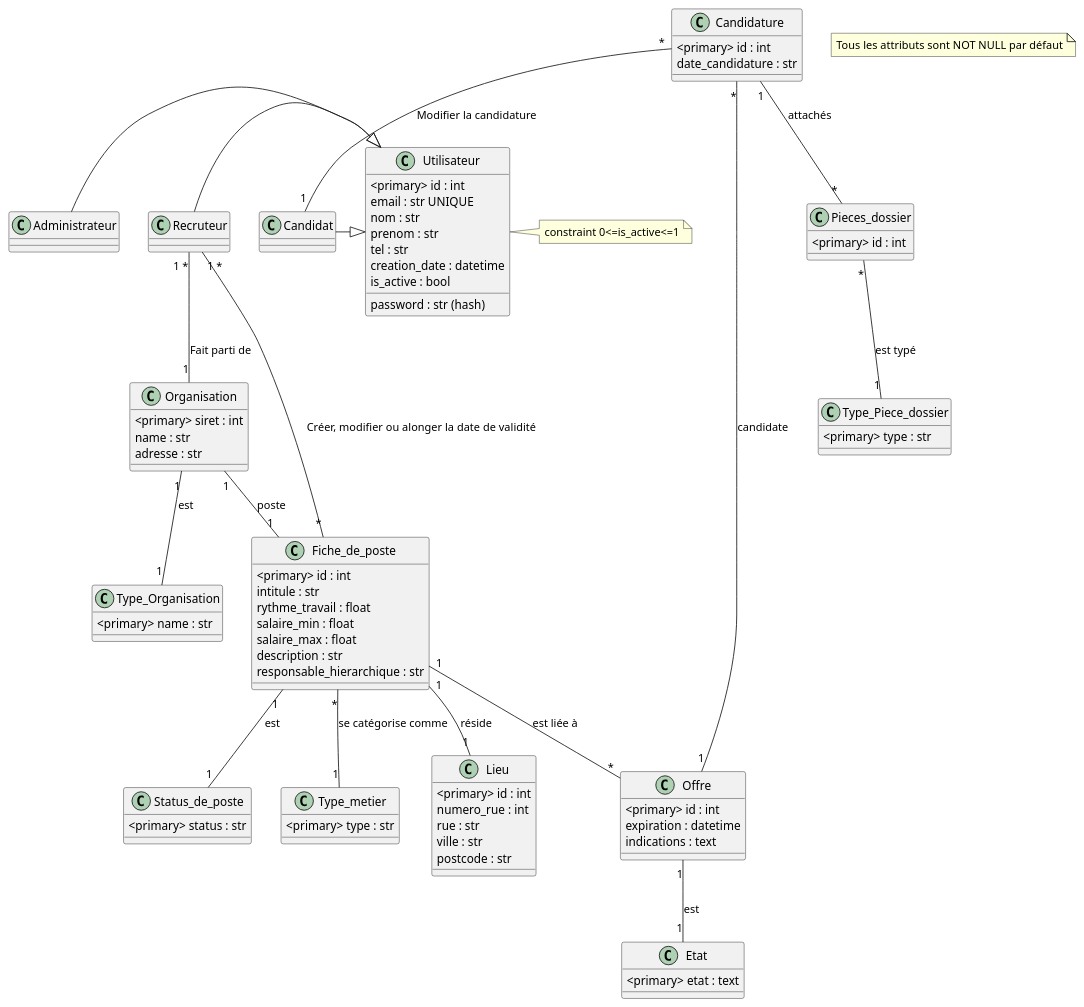
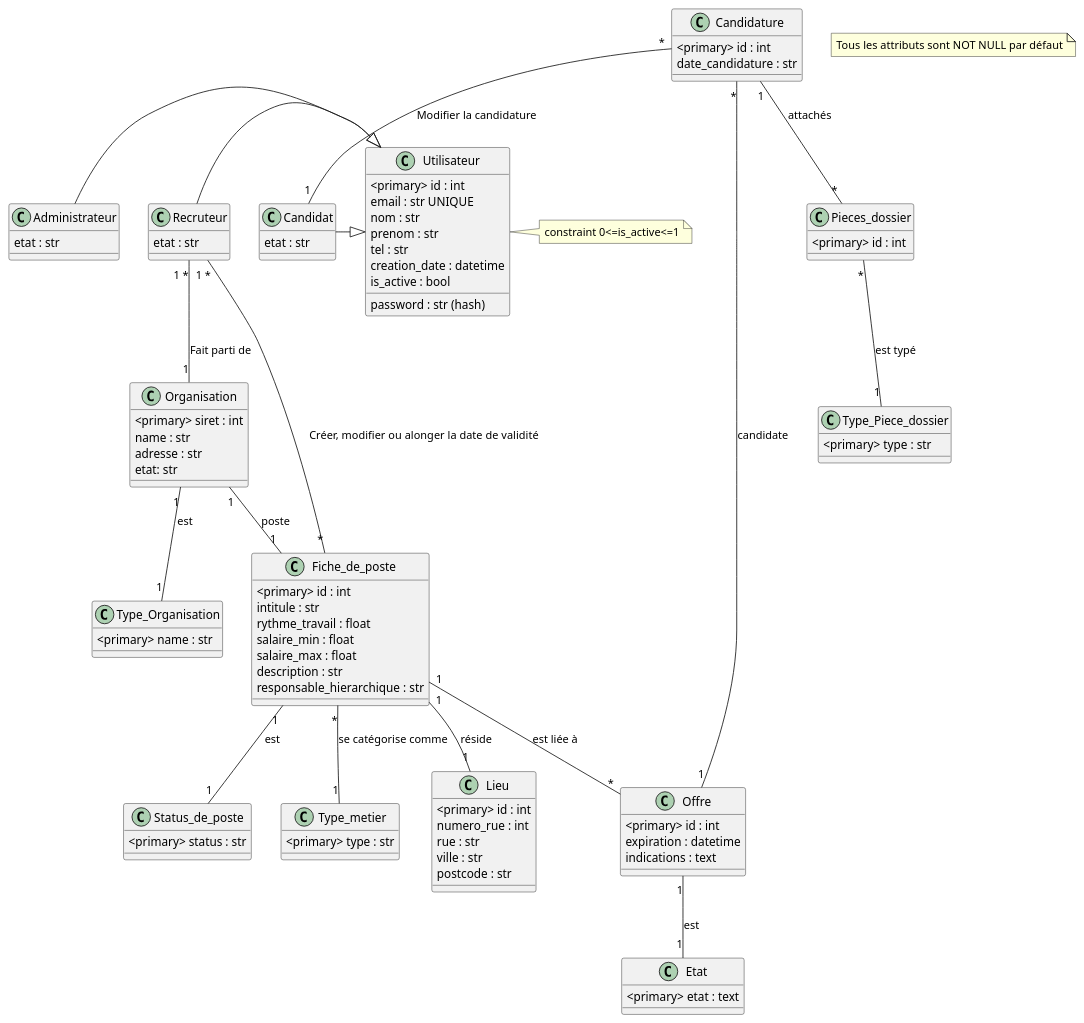
Before and after one commit to alexandreeberhardt/SR10_Website: the diagram in models/UML.puml, drawn with PlantUML. The commit also changed 5 other files, not shown here.

```diff
--- a/models/UML.puml
+++ b/models/UML.puml
@@ -1,109 +1,114 @@
 @startuml
 note "Tous les attributs sont NOT NULL par défaut" as note
 
 
 class Utilisateur{
   <primary> id : int
   email : str UNIQUE
   password : str (hash)
   nom : str
   prenom : str
   tel : str
   creation_date : datetime
   is_active : bool
 }
 note right
   constraint 0<=is_active<=1
 end note
 
 class Administrateur{
+  etat : str
 }
 
 class Candidat{
+    etat : str
 }
+
 class Recruteur{
+    etat : str
 }
 
 
 
 class Type_Organisation{
   <primary> name : str
 }
 
 class Organisation{
   <primary> siret : int
   name : str
   adresse : str
+  etat: str
 }
 
 class Etat{
   <primary> etat : text
 }
 
 class Offre{
   <primary> id : int
   expiration : datetime
   indications : text
 }
 
 class Fiche_de_poste{
   <primary> id : int
   intitule : str
   rythme_travail : float
   salaire_min : float
   salaire_max : float
   description : str
   responsable_hierarchique : str
 
 }
 
 class Status_de_poste{
   <primary> status : str
 }
 class Type_metier{
   <primary> type : str
 }
 
 class Lieu{
   <primary> id : int
   numero_rue : int
   rue : str
   ville : str
   postcode : str 
 }
 
 class Candidature{
   <primary> id : int
   date_candidature : str
 
 }
 
 class Pieces_dossier{
   <primary> id : int
 }
 
 class Type_Piece_dossier{
   <primary> type : str
 }
 
 Pieces_dossier "*" -- "1" Type_Piece_dossier : "est typé"
 
 Fiche_de_poste "*" -- "1" Type_metier : "se catégorise comme"
 
 Candidature "*" -- "1" Candidat : "Modifier la candidature"
 Candidature "*" -- "1" Offre : "candidate"
 Candidature "1" -- "*" Pieces_dossier : "attachés"
 Offre "1" -- "1" Etat : "est" 
 Administrateur -|> Utilisateur
 Recruteur -|> Utilisateur
 Candidat -|> Utilisateur
 Organisation "1" -- "1" Type_Organisation : "est"
 Organisation "1" -- "1" Fiche_de_poste : "poste"
 Fiche_de_poste "1" -- "*" Offre : "est liée à"
 Fiche_de_poste "1" -- "1" Status_de_poste : "est"
 Fiche_de_poste "1" -- "1" Lieu : "réside"
 Fiche_de_poste "*" -- "1 *" Recruteur : "Créer, modifier ou alonger la date de validité"
 Recruteur "1 *" -- "1" Organisation : "Fait parti de"
 
 
 @enduml
```
